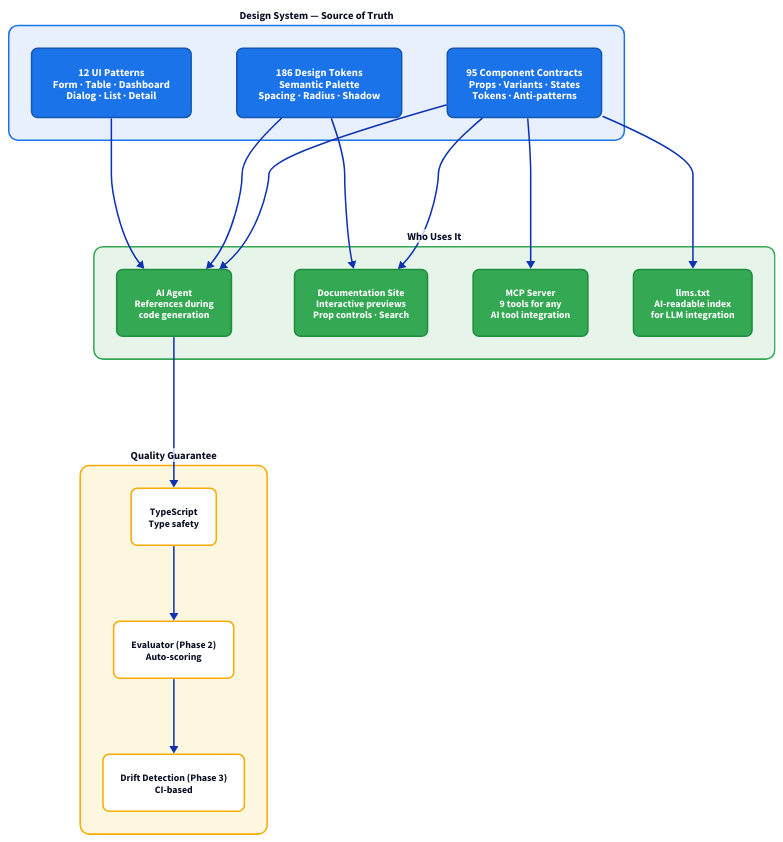
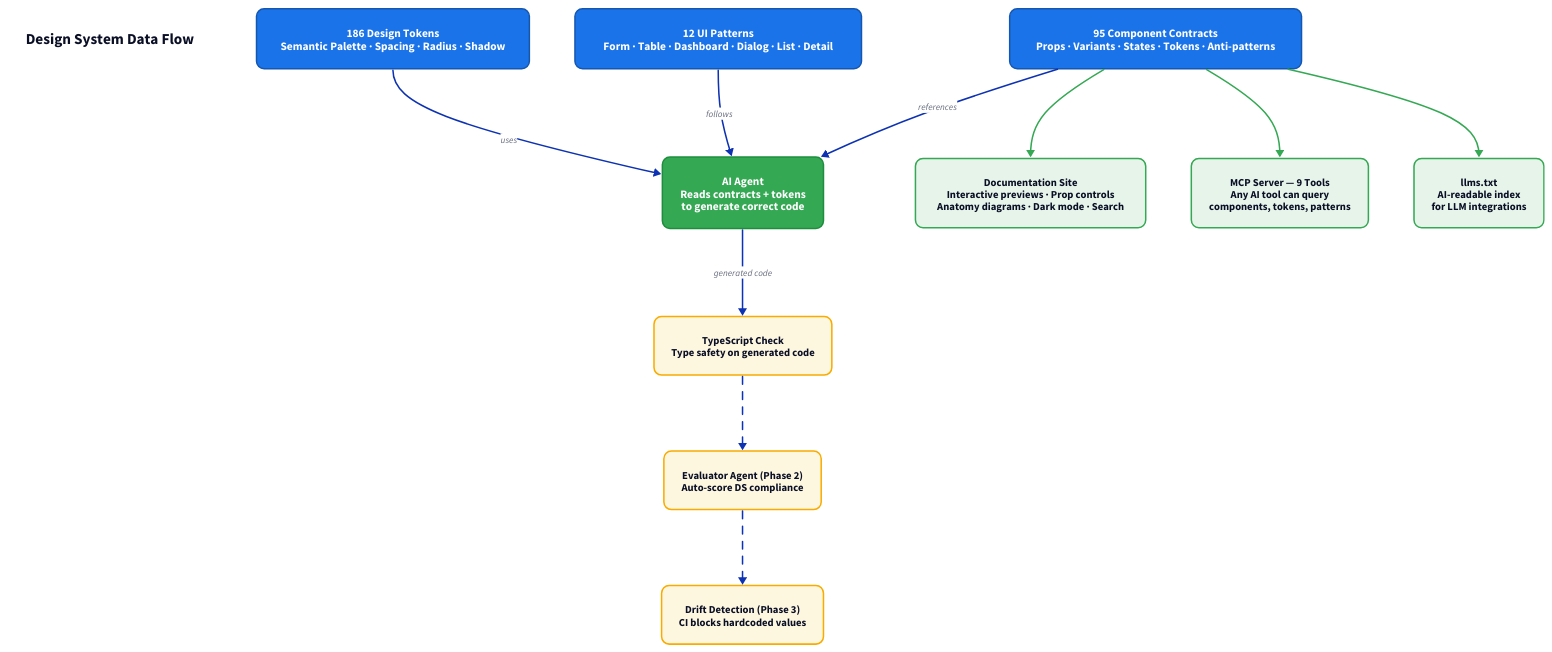
One commit to kyungjaeha-moloco/moloco-inspect changed the diagram in docs/images/04-design-system.d2. Above: the diagram before and after it, drawn with D2. The commit also changed 1 other file, not shown here.

Commit message:
docs: redesign DS diagram as data flow — source → consumers → quality

```diff
--- a/docs/images/04-design-system.d2
+++ b/docs/images/04-design-system.d2
@@ -1,75 +1,64 @@
 direction: down
 
-source: "Design System — Source of Truth" {
+title: "Design System Data Flow" {
   style: {
-    fill: "#e8f0fe"
-    stroke: "#1a73e8"
-    border-radius: 12
-    font-size: 14
+    font-size: 20
     bold: true
-  }
-
-  comp: "95 Component Contracts\nProps · Variants · States\nTokens · Anti-patterns" {
-    style: { fill: "#1a73e8"; stroke: "#1557b0"; font-color: "#ffffff"; border-radius: 8; font-size: 14; bold: true }
-  }
-  tokens: "186 Design Tokens\nSemantic Palette\nSpacing · Radius · Shadow" {
-    style: { fill: "#1a73e8"; stroke: "#1557b0"; font-color: "#ffffff"; border-radius: 8; font-size: 14; bold: true }
-  }
-  patterns: "12 UI Patterns\nForm · Table · Dashboard\nDialog · List · Detail" {
-    style: { fill: "#1a73e8"; stroke: "#1557b0"; font-color: "#ffffff"; border-radius: 8; font-size: 14; bold: true }
+    fill: "#ffffff"
+    stroke: "#ffffff"
   }
 }
 
-consumers: "Who Uses It" {
-  style: {
-    fill: "#e6f4ea"
-    stroke: "#34a853"
-    border-radius: 12
-    font-size: 14
-    bold: true
-  }
-
-  agent: "AI Agent\nReferences during\ncode generation" {
-    style: { fill: "#34a853"; stroke: "#1e8e3e"; font-color: "#ffffff"; border-radius: 8; font-size: 13; bold: true }
-  }
-  doc: "Documentation Site\nInteractive previews\nProp controls · Search" {
-    style: { fill: "#34a853"; stroke: "#1e8e3e"; font-color: "#ffffff"; border-radius: 8; font-size: 13; bold: true }
-  }
-  mcp: "MCP Server\n9 tools for any\nAI tool integration" {
-    style: { fill: "#34a853"; stroke: "#1e8e3e"; font-color: "#ffffff"; border-radius: 8; font-size: 13; bold: true }
-  }
-  llms: "llms.txt\nAI-readable index\nfor LLM integration" {
-    style: { fill: "#34a853"; stroke: "#1e8e3e"; font-color: "#ffffff"; border-radius: 8; font-size: 13; bold: true }
-  }
+# ─── Source of Truth (center, top) ───
+components: "95 Component Contracts\nProps · Variants · States · Tokens · Anti-patterns" {
+  style: { fill: "#1a73e8"; stroke: "#1557b0"; font-color: "#ffffff"; border-radius: 10; font-size: 15; bold: true }
+}
+tokens: "186 Design Tokens\nSemantic Palette · Spacing · Radius · Shadow" {
+  style: { fill: "#1a73e8"; stroke: "#1557b0"; font-color: "#ffffff"; border-radius: 10; font-size: 15; bold: true }
+}
+patterns: "12 UI Patterns\nForm · Table · Dashboard · Dialog · List · Detail" {
+  style: { fill: "#1a73e8"; stroke: "#1557b0"; font-color: "#ffffff"; border-radius: 10; font-size: 15; bold: true }
 }
 
-quality: "Quality Guarantee" {
-  style: {
-    fill: "#fef7e0"
-    stroke: "#f9ab00"
-    border-radius: 12
-    font-size: 14
-    bold: true
-  }
-
-  tsc: "TypeScript\nType safety" {
-    style: { fill: "#ffffff"; stroke: "#f9ab00"; border-radius: 8; font-size: 13 }
-  }
-  eval: "Evaluator (Phase 2)\nAuto-scoring" {
-    style: { fill: "#ffffff"; stroke: "#f9ab00"; border-radius: 8; font-size: 13 }
-  }
-  drift: "Drift Detection (Phase 3)\nCI-based" {
-    style: { fill: "#ffffff"; stroke: "#f9ab00"; border-radius: 8; font-size: 13 }
-  }
+# ─── How it's consumed ───
+agent: "AI Agent\nReads contracts + tokens\nto generate correct code" {
+  shape: rectangle
+  style: { fill: "#34a853"; stroke: "#1e8e3e"; font-color: "#ffffff"; border-radius: 10; font-size: 15; bold: true }
 }
 
-source.comp -> consumers.agent
-source.comp -> consumers.doc
-source.comp -> consumers.mcp
-source.comp -> consumers.llms
-source.tokens -> consumers.agent
-source.tokens -> consumers.doc
-source.patterns -> consumers.agent
-consumers.agent -> quality.tsc
-quality.tsc -> quality.eval
-quality.eval -> quality.drift
+doc_site: "Documentation Site\nInteractive previews · Prop controls\nAnatomy diagrams · Dark mode · Search" {
+  style: { fill: "#e6f4ea"; stroke: "#34a853"; border-radius: 10; font-size: 14 }
+}
+
+mcp_server: "MCP Server — 9 Tools\nAny AI tool can query\ncomponents, tokens, patterns" {
+  style: { fill: "#e6f4ea"; stroke: "#34a853"; border-radius: 10; font-size: 14 }
+}
+
+llms_txt: "llms.txt\nAI-readable index\nfor LLM integrations" {
+  style: { fill: "#e6f4ea"; stroke: "#34a853"; border-radius: 10; font-size: 14 }
+}
+
+# ─── Quality checks ───
+typecheck: "TypeScript Check\nType safety on generated code" {
+  style: { fill: "#fef7e0"; stroke: "#f9ab00"; border-radius: 10; font-size: 14 }
+}
+evaluator: "Evaluator Agent (Phase 2)\nAuto-score DS compliance" {
+  style: { fill: "#fef7e0"; stroke: "#f9ab00"; border-radius: 10; font-size: 14 }
+}
+drift: "Drift Detection (Phase 3)\nCI blocks hardcoded values" {
+  style: { fill: "#fef7e0"; stroke: "#f9ab00"; border-radius: 10; font-size: 14 }
+}
+
+# ─── Main flow (center) ───
+components -> agent: "references" { style.font-size: 12 }
+tokens -> agent: "uses" { style.font-size: 12 }
+patterns -> agent: "follows" { style.font-size: 12 }
+
+agent -> typecheck: "generated code" { style.font-size: 12 }
+typecheck -> evaluator: { style.stroke-dash: 5 }
+evaluator -> drift: { style.stroke-dash: 5 }
+
+# ─── Side consumers ───
+components -> doc_site: { style.stroke: "#34a853" }
+components -> mcp_server: { style.stroke: "#34a853" }
+components -> llms_txt: { style.stroke: "#34a853" }
```
